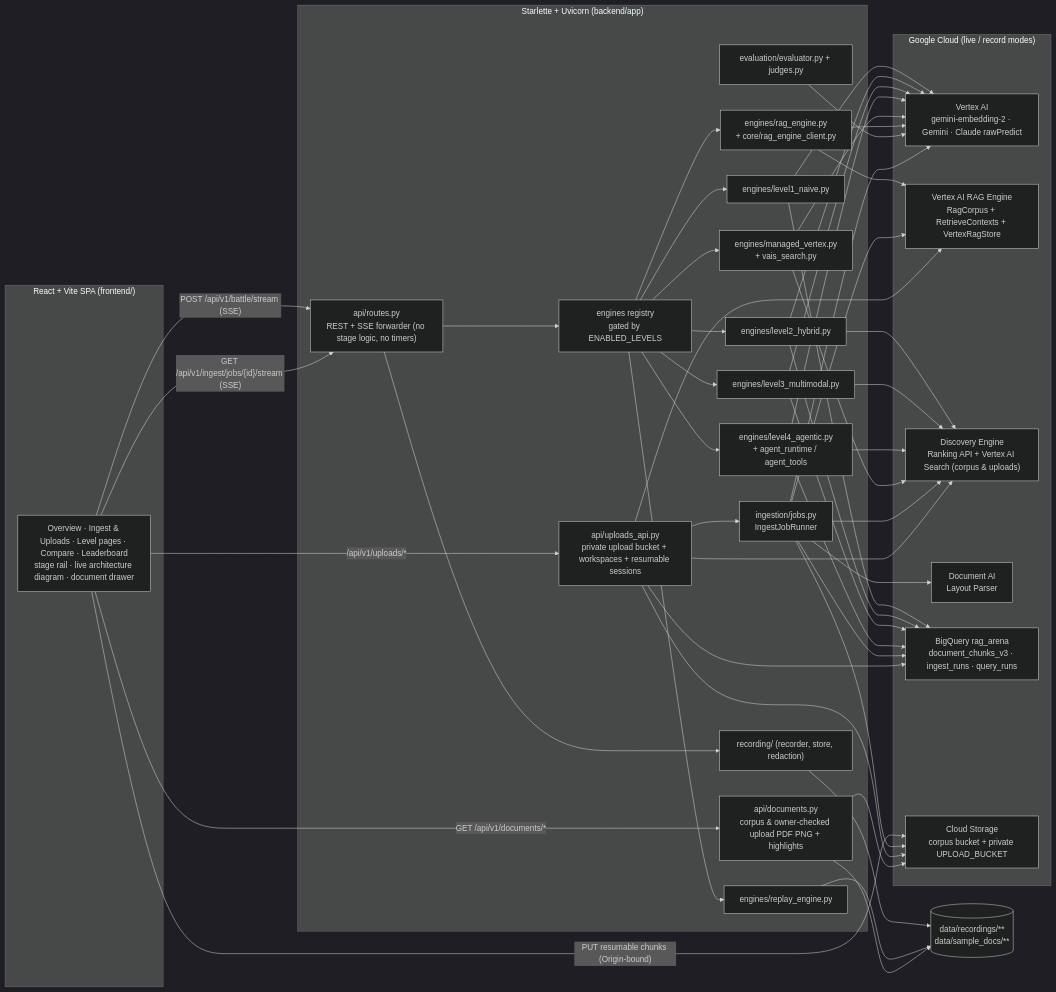
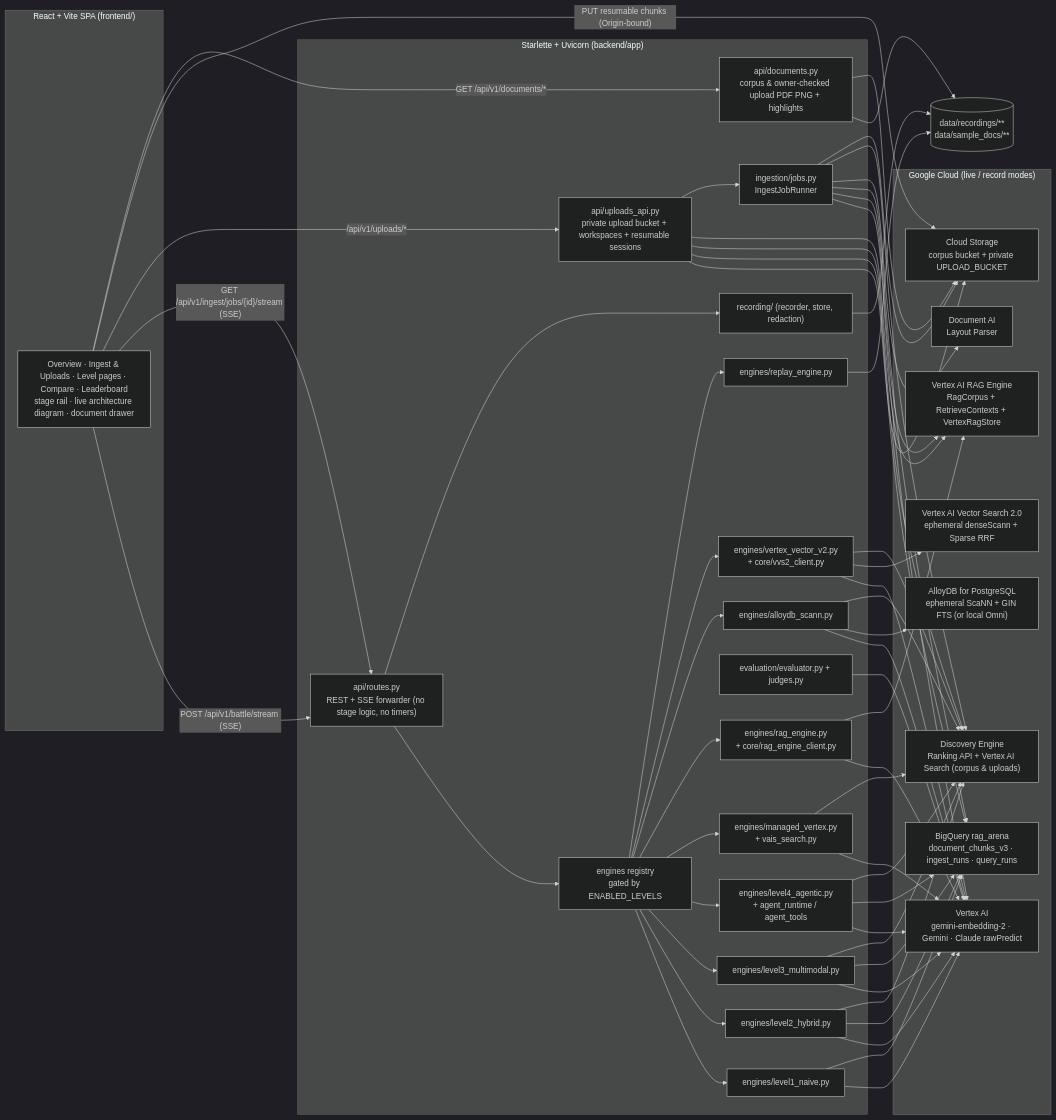
Before and after one commit to nishitpatel01/rag-arena: the diagram in docs/ARCHITECTURE.md, drawn with Mermaid (dark theme). The commit also changed other lines of this file and 36 other files, not shown here.

````diff
--- a/docs/ARCHITECTURE.md
+++ b/docs/ARCHITECTURE.md
@@ -29,50 +30,56 @@
 ```mermaid
 flowchart LR
     subgraph Browser["React + Vite SPA (frontend/)"]
         UI["Overview · Ingest & Uploads · Level pages · Compare · Leaderboard<br/>stage rail · live architecture diagram · document drawer"]
     end
     subgraph API["Starlette + Uvicorn (backend/app)"]
         R["api/routes.py<br/>REST + SSE forwarder (no stage logic, no timers)"]
         UP["api/uploads_api.py<br/>private upload bucket + workspaces + resumable sessions"]
         D["api/documents.py<br/>corpus & owner-checked upload PDF PNG + highlights"]
         REG["engines registry<br/>gated by ENABLED_LEVELS"]
         L1["engines/level1_naive.py"]
         L2["engines/level2_hybrid.py"]
         L3["engines/level3_multimodal.py"]
         L4["engines/level4_agentic.py<br/>+ agent_runtime / agent_tools"]
         L5["engines/managed_vertex.py<br/>+ vais_search.py"]
         L6["engines/rag_engine.py<br/>+ core/rag_engine_client.py"]
+        L7["engines/alloydb_scann.py"]
+        L8["engines/vertex_vector_v2.py<br/>+ core/vvs2_client.py"]
         RP["engines/replay_engine.py"]
         EV["evaluation/evaluator.py + judges.py"]
         IJ["ingestion/jobs.py<br/>IngestJobRunner"]
         REC["recording/ (recorder, store, redaction)"]
     end
     subgraph GCP["Google Cloud (live / record modes)"]
         VX["Vertex AI<br/>gemini-embedding-2 · Gemini · Claude rawPredict"]
         VRE["Vertex AI RAG Engine<br/>RagCorpus + RetrieveContexts + VertexRagStore"]
         RA["Discovery Engine<br/>Ranking API + Vertex AI Search (corpus & uploads)"]
         DA["Document AI<br/>Layout Parser"]
         BQ["BigQuery rag_arena<br/>document_chunks_v3 · ingest_runs · query_runs"]
+        ADB["AlloyDB for PostgreSQL<br/>ephemeral ScaNN + GIN FTS (or local Omni)"]
+        VVS["Vertex AI Vector Search 2.0<br/>ephemeral denseScann + Sparse RRF"]
         GCS["Cloud Storage<br/>corpus bucket + private UPLOAD_BUCKET"]
     end
     FS[("data/recordings/**<br/>data/sample_docs/**")]
 
     UI -- "POST /api/v1/battle/stream (SSE)" --> R
     UI -- "GET /api/v1/ingest/jobs/{id}/stream (SSE)" --> R
     UI -- "/api/v1/uploads/*" --> UP
     UI -- "PUT resumable chunks (Origin-bound)" --> GCS
     UI -- "GET /api/v1/documents/*" --> D
-    R --> REG --> L1 & L2 & L3 & L4 & L5 & L6 & RP
+    R --> REG --> L1 & L2 & L3 & L4 & L5 & L6 & L7 & L8 & RP
     L1 --> VX & BQ
     L2 --> VX & BQ & RA
     L3 --> VX & BQ & RA
     L4 --> VX & BQ & RA
     L5 --> VX & RA
     L6 --> VX & VRE
+    L7 --> VX & ADB & RA
+    L8 --> VX & VVS & RA
     EV --> VX
     IJ --> VX & VRE & BQ & DA & RA & GCS
     UP --> GCS & BQ & RA & VRE & IJ
     R --> REC --> FS
     RP --> FS
     D --> FS & GCS
 ```
````
